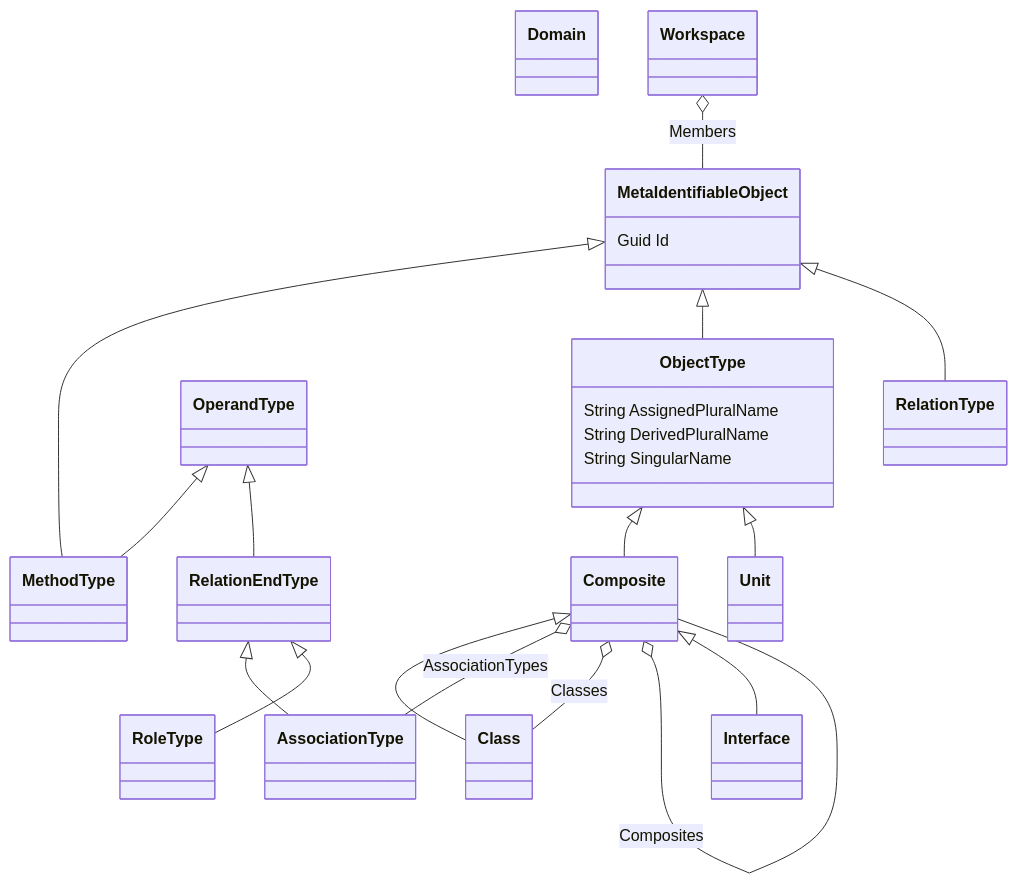
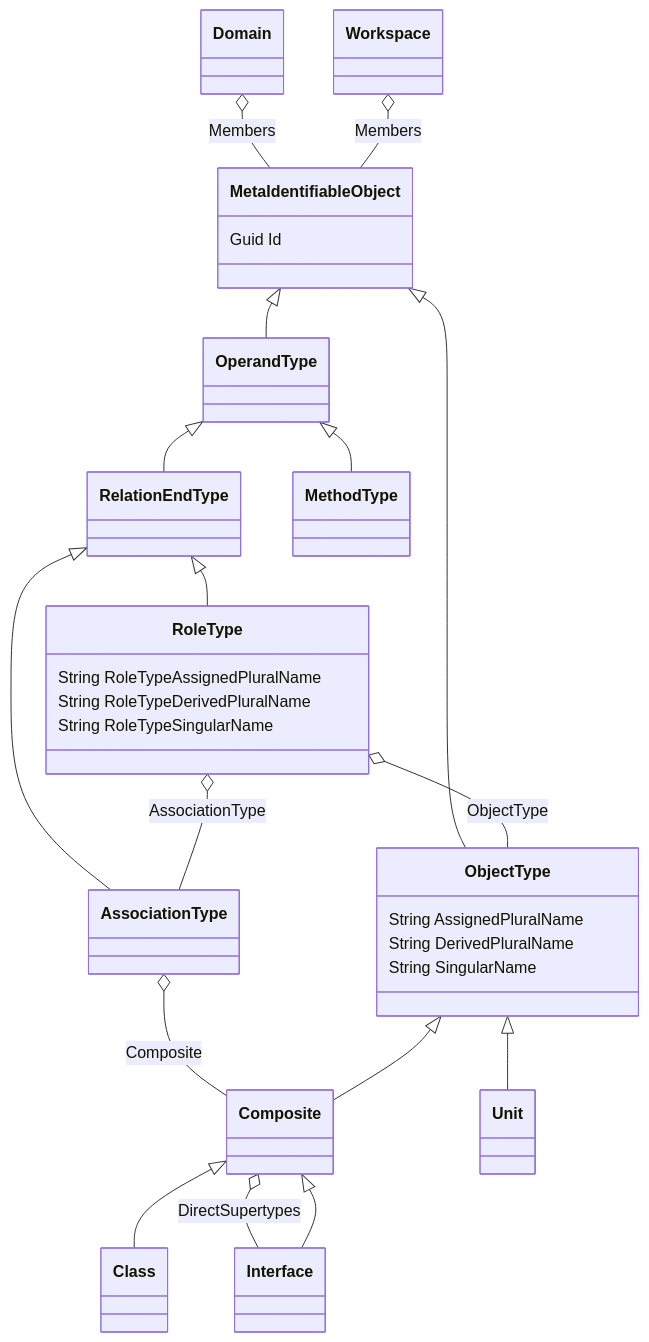
One commit to allors/core changed the diagram in README.md. Above: the diagram before and after it, drawn with Mermaid. The commit also changed 1 other file, not shown here.

````diff
--- a/README.md
+++ b/README.md
@@ -6,36 +6,39 @@
 ```mermaid
 classDiagram
     class AssociationType
     RelationEndType <|-- AssociationType
+    AssociationType o-- Composite : Composite
     class Class
     Composite <|-- Class
     class Composite
     ObjectType <|-- Composite
-    Composite o-- AssociationType : AssociationTypes
-    Composite o-- Class : Classes
-    Composite o-- Composite : Composites
+    Composite o-- Interface : DirectSupertypes
     class Domain
+    Domain o-- MetaIdentifiableObject : Members
     class Interface
     Composite <|-- Interface
     class MetaIdentifiableObject
     MetaIdentifiableObject : Guid Id
     class MethodType
-    MetaIdentifiableObject <|-- MethodType
     OperandType <|-- MethodType
     class ObjectType
     MetaIdentifiableObject <|-- ObjectType
     ObjectType : String AssignedPluralName
     ObjectType : String DerivedPluralName
     ObjectType : String SingularName
     class OperandType
+    MetaIdentifiableObject <|-- OperandType
     class RelationEndType
     OperandType <|-- RelationEndType
-    class RelationType
-    MetaIdentifiableObject <|-- RelationType
     class RoleType
     RelationEndType <|-- RoleType
+    RoleType o-- AssociationType : AssociationType
+    RoleType o-- ObjectType : ObjectType
+    RoleType : String RoleTypeAssignedPluralName
+    RoleType : String RoleTypeDerivedPluralName
+    RoleType : String RoleTypeSingularName
     class Unit
     ObjectType <|-- Unit
     class Workspace
     Workspace o-- MetaIdentifiableObject : Members
 ```
````
